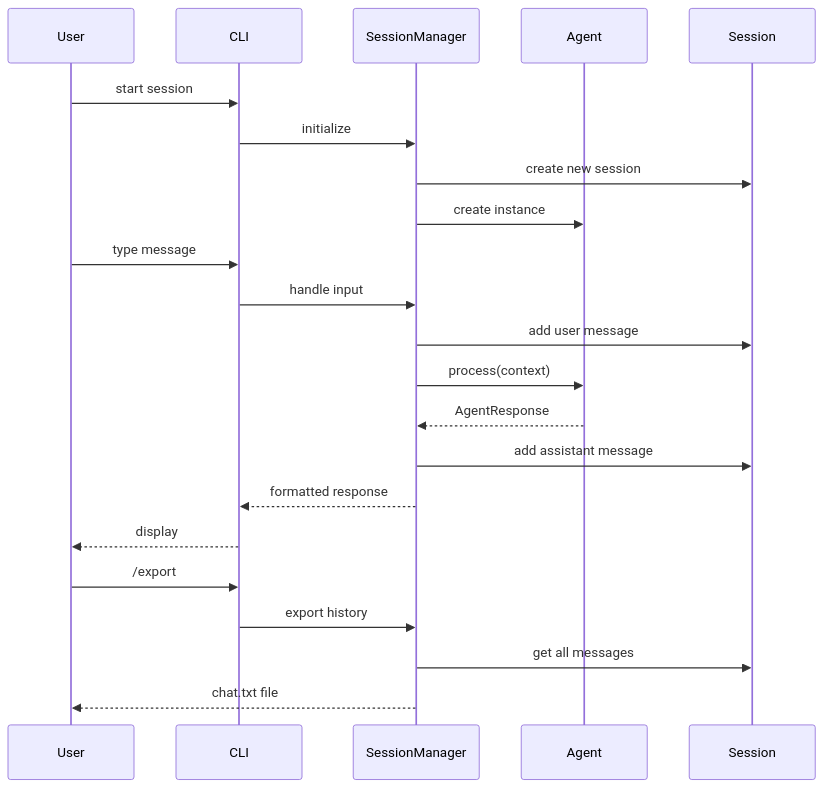
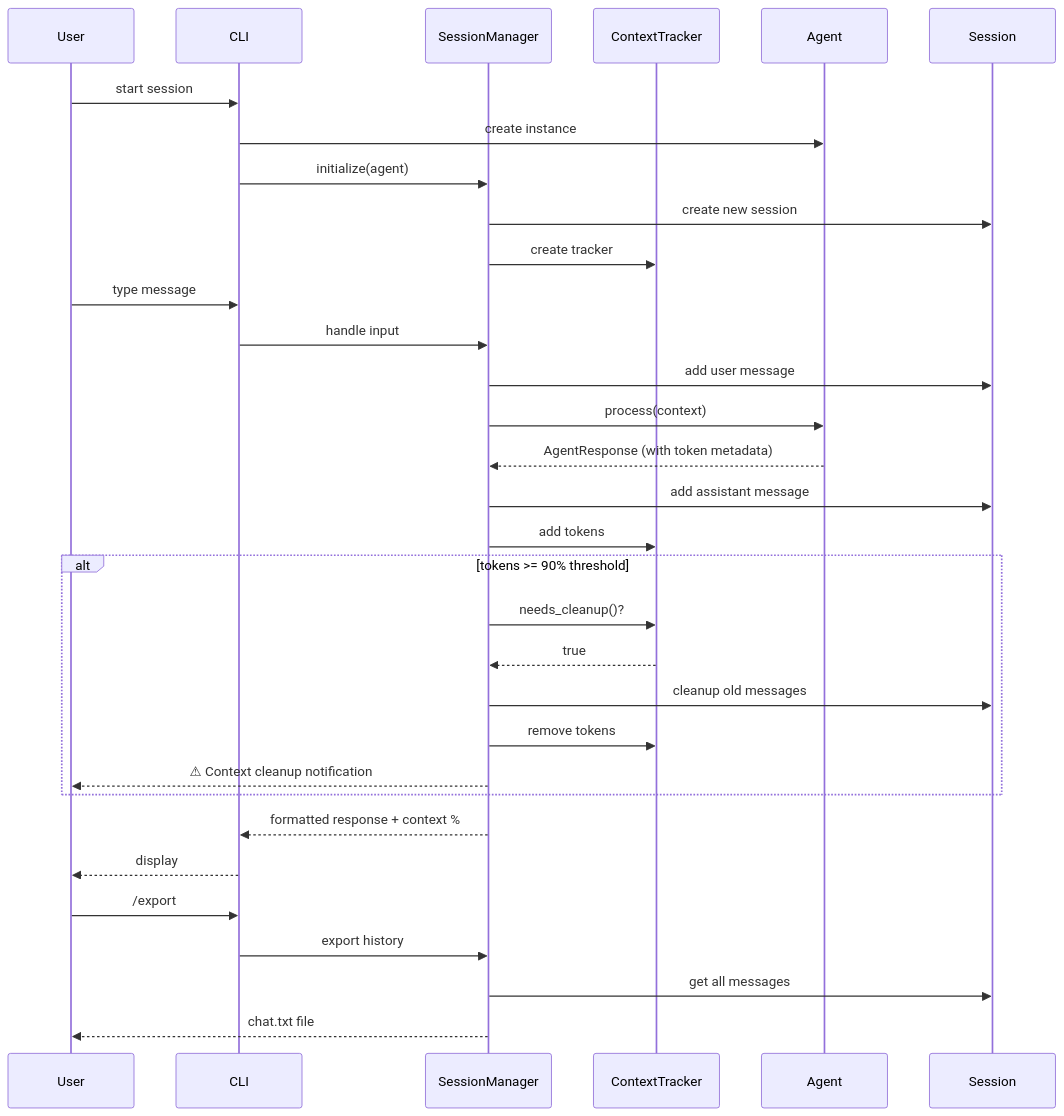
The third of 4 diagrams in docs/architecture.md (andreinakagawa/agentic-ai-basic-cli), drawn with Mermaid before and after one commit. The commit also changed other lines of this file and 1 other file, not shown here.

Commit message:
updating docs. architecture is more concise now and getting started helps claude in new sessions

````diff
--- a/docs/architecture.md
+++ b/docs/architecture.md
@@ -60,27 +72,39 @@
 ```mermaid
 sequenceDiagram
     participant User
     participant CLI
     participant SessionManager
+    participant ContextTracker
     participant Agent
     participant Session
 
     User->>CLI: start session
-    CLI->>SessionManager: initialize
+    CLI->>Agent: create instance
+    CLI->>SessionManager: initialize(agent)
     SessionManager->>Session: create new session
-    SessionManager->>Agent: create instance
+    SessionManager->>ContextTracker: create tracker
 
     User->>CLI: type message
     CLI->>SessionManager: handle input
     SessionManager->>Session: add user message
     SessionManager->>Agent: process(context)
-    Agent-->>SessionManager: AgentResponse
+    Agent-->>SessionManager: AgentResponse (with token metadata)
     SessionManager->>Session: add assistant message
-    SessionManager-->>CLI: formatted response
+    SessionManager->>ContextTracker: add tokens
+
+    alt tokens >= 90% threshold
+        SessionManager->>ContextTracker: needs_cleanup()?
+        ContextTracker-->>SessionManager: true
+        SessionManager->>Session: cleanup old messages
+        SessionManager->>ContextTracker: remove tokens
+        SessionManager-->>User: ⚠ Context cleanup notification
+    end
+
+    SessionManager-->>CLI: formatted response + context %
     CLI-->>User: display
 
     User->>CLI: /export
     CLI->>SessionManager: export history
     SessionManager->>Session: get all messages
     SessionManager-->>User: chat.txt file
 ```
````
